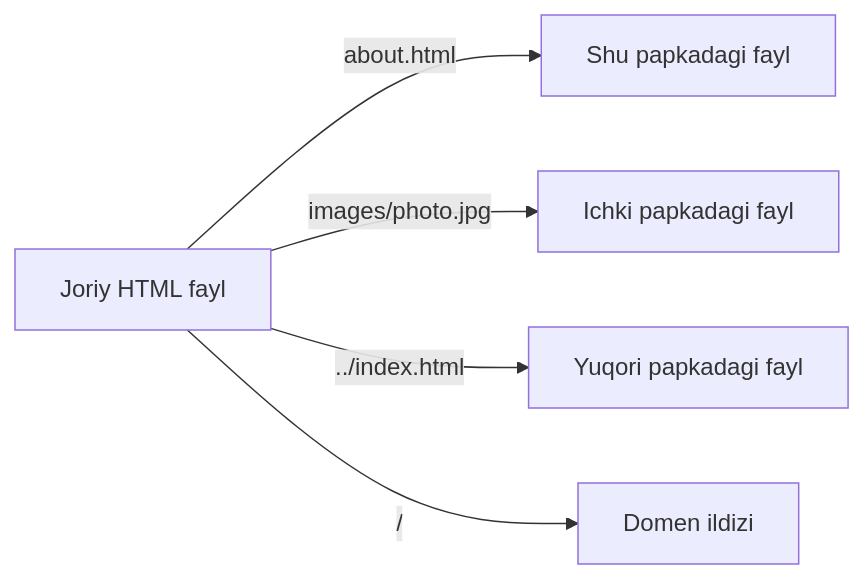
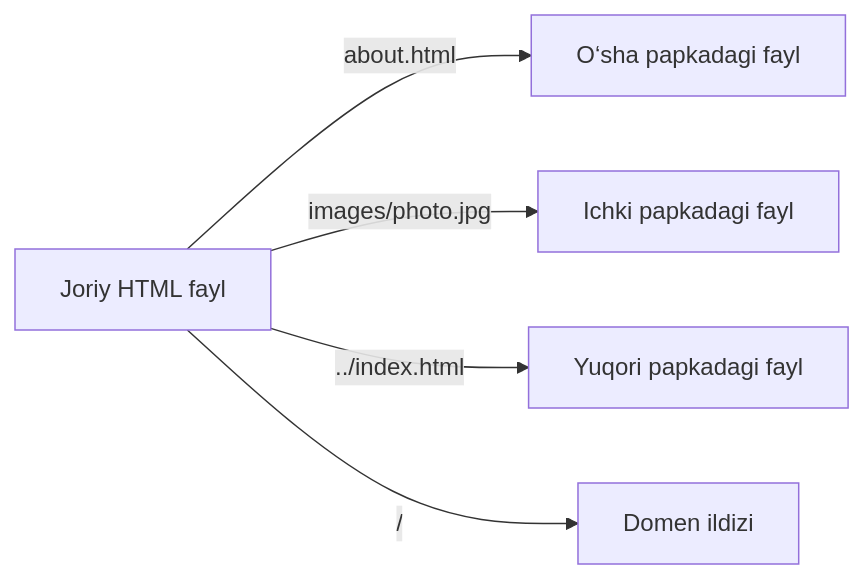
The first of 2 diagrams in HTML/Lesson-3/uz/Havolalar va navigatsiya.md (JLearn-space/JLearn-docs), drawn with Mermaid before and after one commit. The commit also changed other lines of this file and 148 other files, not shown here.

````diff
--- a/HTML/Lesson-3/uz/Havolalar va navigatsiya.md
+++ b/HTML/Lesson-3/uz/Havolalar va navigatsiya.md
@@ -118,7 +112,7 @@
 ```mermaid
 flowchart LR
-    A["Joriy HTML fayl"] -->|"about.html"| B["Shu papkadagi fayl"]
+    A["Joriy HTML fayl"] -->|"about.html"| B["O‘sha papkadagi fayl"]
     A -->|"images/photo.jpg"| C["Ichki papkadagi fayl"]
     A -->|"../index.html"| D["Yuqori papkadagi fayl"]
     A -->|"/"| E["Domen ildizi"]
 ```
````
